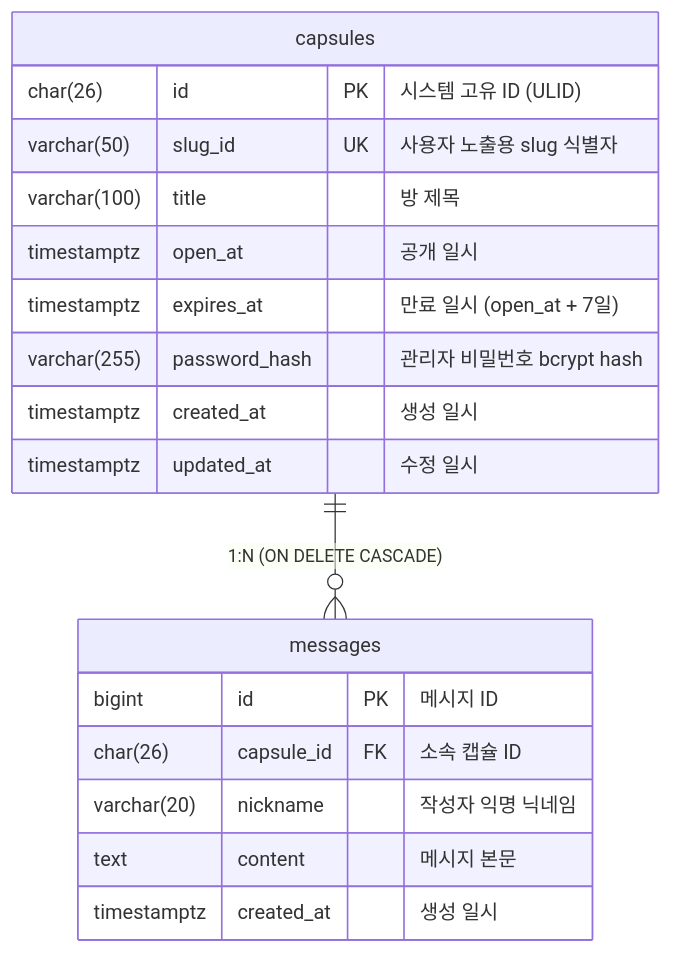
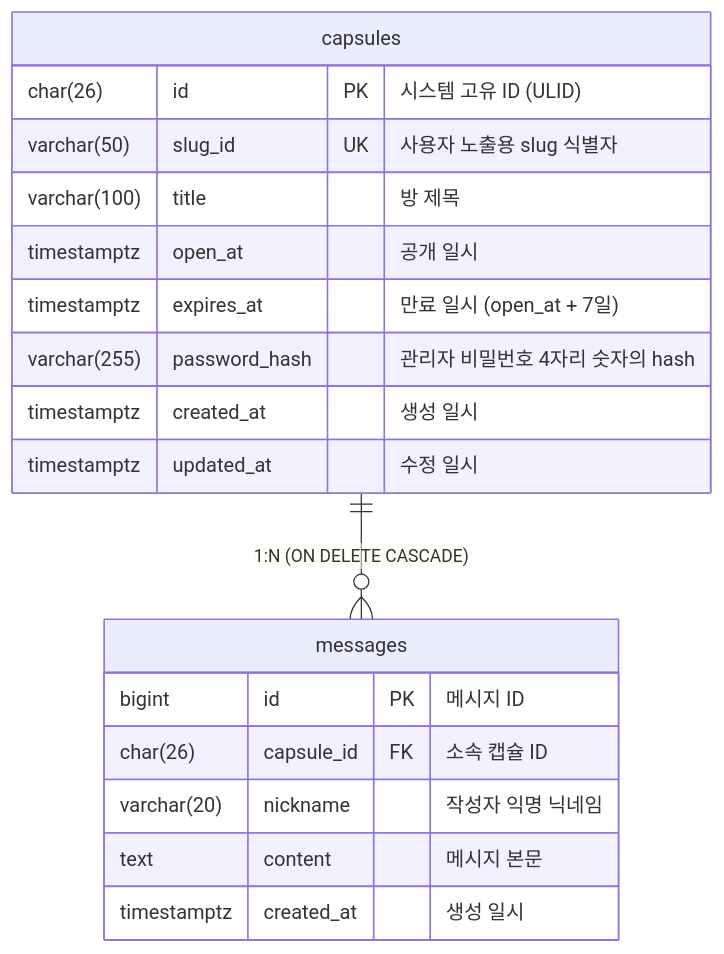
The diagram in docs/ERD.md (prgrms-fullcycle-devcourse/webfull_9_10_Sabujak_BE), drawn with Mermaid before and after one commit. The commit also changed other lines of this file and 1 other file, not shown here.

Commit message:
docs: revise capsule access and password rules

````diff
--- a/docs/ERD.md
+++ b/docs/ERD.md
@@ -14,23 +14,23 @@
 ```mermaid
 erDiagram
     capsules {
         char(26) id PK "시스템 고유 ID (ULID)"
         varchar(50) slug_id UK "사용자 노출용 slug 식별자"
         varchar(100) title "방 제목"
         timestamptz open_at "공개 일시"
         timestamptz expires_at "만료 일시 (open_at + 7일)"
-        varchar(255) password_hash "관리자 비밀번호 bcrypt hash"
+        varchar(255) password_hash "관리자 비밀번호 4자리 숫자의 hash"
         timestamptz created_at "생성 일시"
         timestamptz updated_at "수정 일시"
     }
 
     messages {
         bigint id PK "메시지 ID"
         char(26) capsule_id FK "소속 캡슐 ID"
         varchar(20) nickname "작성자 익명 닉네임"
         text content "메시지 본문"
         timestamptz created_at "생성 일시"
     }
 
     capsules ||--o{ messages : "1:N (ON DELETE CASCADE)"
 ```
````
